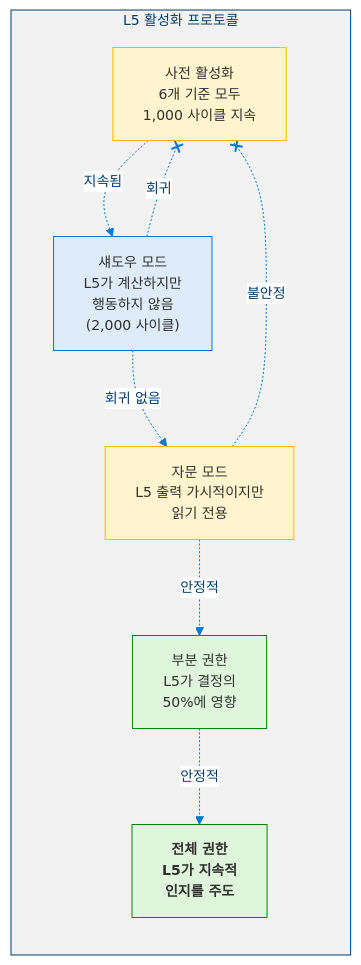
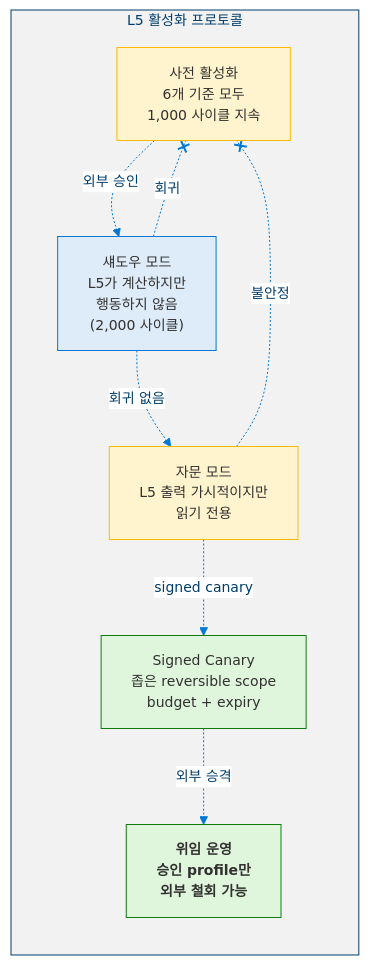
Before and after one commit to dotnetpower/mscp: diagram 15 of 16 in docs/levels/Level_5_Proto_AGI.ko.md, drawn with Mermaid. The commit also changed other lines of this file and 21 other files, not shown here.

````diff
--- a/docs/levels/Level_5_Proto_AGI.ko.md
+++ b/docs/levels/Level_5_Proto_AGI.ko.md
@@ -1083,25 +1105,25 @@
 ```mermaid
 %%{init: {'theme': 'base', 'themeVariables': {'primaryColor': '#0078D4', 'primaryTextColor': '#003D6B', 'primaryBorderColor': '#003D6B', 'secondaryColor': '#50E6FF', 'secondaryTextColor': '#323130', 'secondaryBorderColor': '#00BCF2', 'tertiaryColor': '#F2F2F2', 'tertiaryTextColor': '#323130', 'lineColor': '#0078D4', 'textColor': '#323130', 'mainBkg': '#DEECF9', 'nodeBorder': '#0078D4', 'clusterBkg': '#F2F2F2', 'clusterBorder': '#003D6B', 'titleColor': '#003D6B', 'edgeLabelBackground': '#FFFFFF', 'fontSize': '14px'}}}%%
 flowchart LR
   classDef check fill:#FFF4CE,stroke:#FFB900,color:#323130
   classDef shadow fill:#DEECF9,stroke:#0078D4,color:#323130
   classDef adv fill:#FFF4CE,stroke:#FFB900,color:#323130
   classDef partial fill:#DFF6DD,stroke:#107C10,color:#323130
   classDef full fill:#DFF6DD,stroke:#107C10,color:#323130,font-weight:bold
 
   subgraph Activation["L5 활성화 프로토콜"]
     CHECK["사전 활성화<br/>6개 기준 모두<br/>1,000 사이클 지속"]:::check
     SHADOW_M["섀도우 모드<br/>L5가 계산하지만<br/>행동하지 않음<br/>(2,000 사이클)"]:::shadow
     ADV["자문 모드<br/>L5 출력 가시적이지만<br/>읽기 전용"]:::adv
-    PARTIAL["부분 권한<br/>L5가 결정의<br/>50%에 영향"]:::partial
-    FULL["전체 권한<br/>L5가 지속적<br/>인지를 주도"]:::full
+    PARTIAL["Signed Canary<br/>좁은 reversible scope<br/>budget + expiry"]:::partial
+    FULL["위임 운영<br/>승인 profile만<br/>외부 철회 가능"]:::full
 
-    CHECK -.->|"지속됨"| SHADOW_M
+    CHECK -.->|"외부 승인"| SHADOW_M
     SHADOW_M -.->|"회귀 없음"| ADV
-    ADV -.->|"안정적"| PARTIAL
-    PARTIAL -.->|"안정적"| FULL
+    ADV -.->|"signed canary"| PARTIAL
+    PARTIAL -.->|"외부 승격"| FULL
 
     SHADOW_M -.-x|"회귀"| CHECK
     ADV -.-x|"불안정"| CHECK
   end
 ```
````
